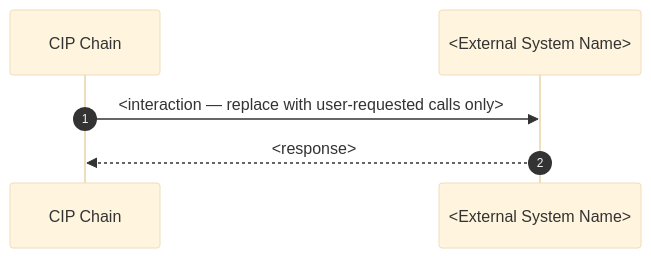
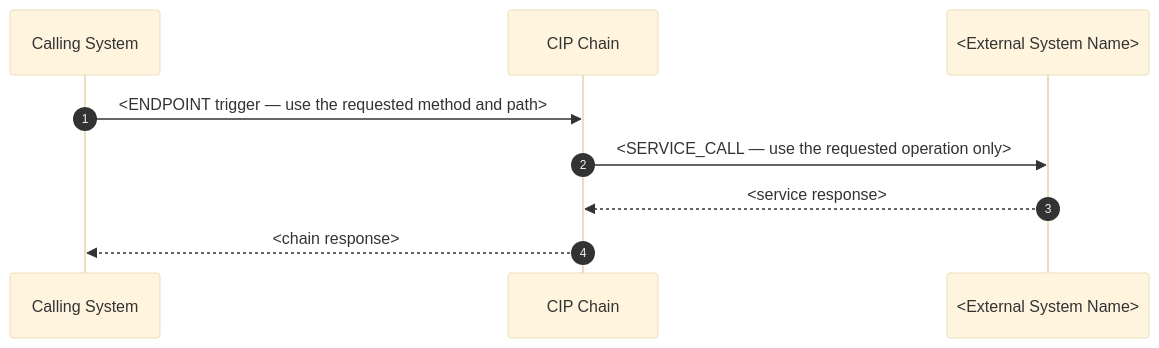
One commit to Netcracker/qubership-integration-platform changed the diagram in ai-service/src/main/resources/product-pipelines/templates/ids_template.md. Above: the diagram before and after it, drawn with Mermaid (base theme). The commit also changed other lines of this file and 24 other files, not shown here.

````diff
--- a/ai-service/src/main/resources/product-pipelines/templates/ids_template.md
+++ b/ai-service/src/main/resources/product-pipelines/templates/ids_template.md
@@ -115,9 +117,12 @@
 ```mermaid
 sequenceDiagram
     autonumber
+    participant Caller as Calling System
     participant CIP as CIP Chain
     participant EXT as <External System Name>
 
-    CIP->>EXT: <interaction — replace with user-requested calls only>
-    EXT-->>CIP: <response>
+    Caller->>CIP: <ENDPOINT trigger — use the requested method and path>
+    CIP->>EXT: <SERVICE_CALL — use the requested operation only>
+    EXT-->>CIP: <service response>
+    CIP-->>Caller: <chain response>
 ```
````
